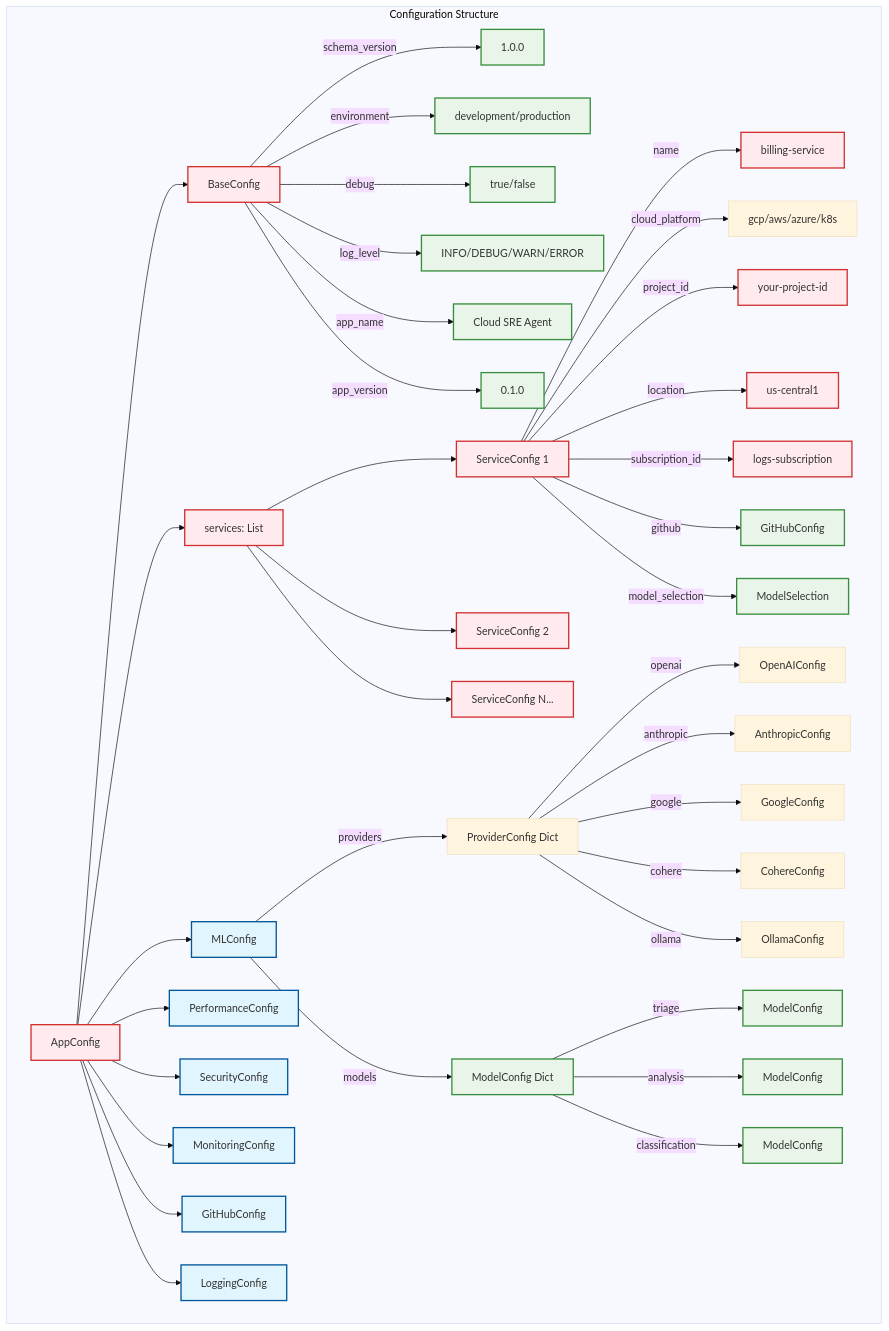
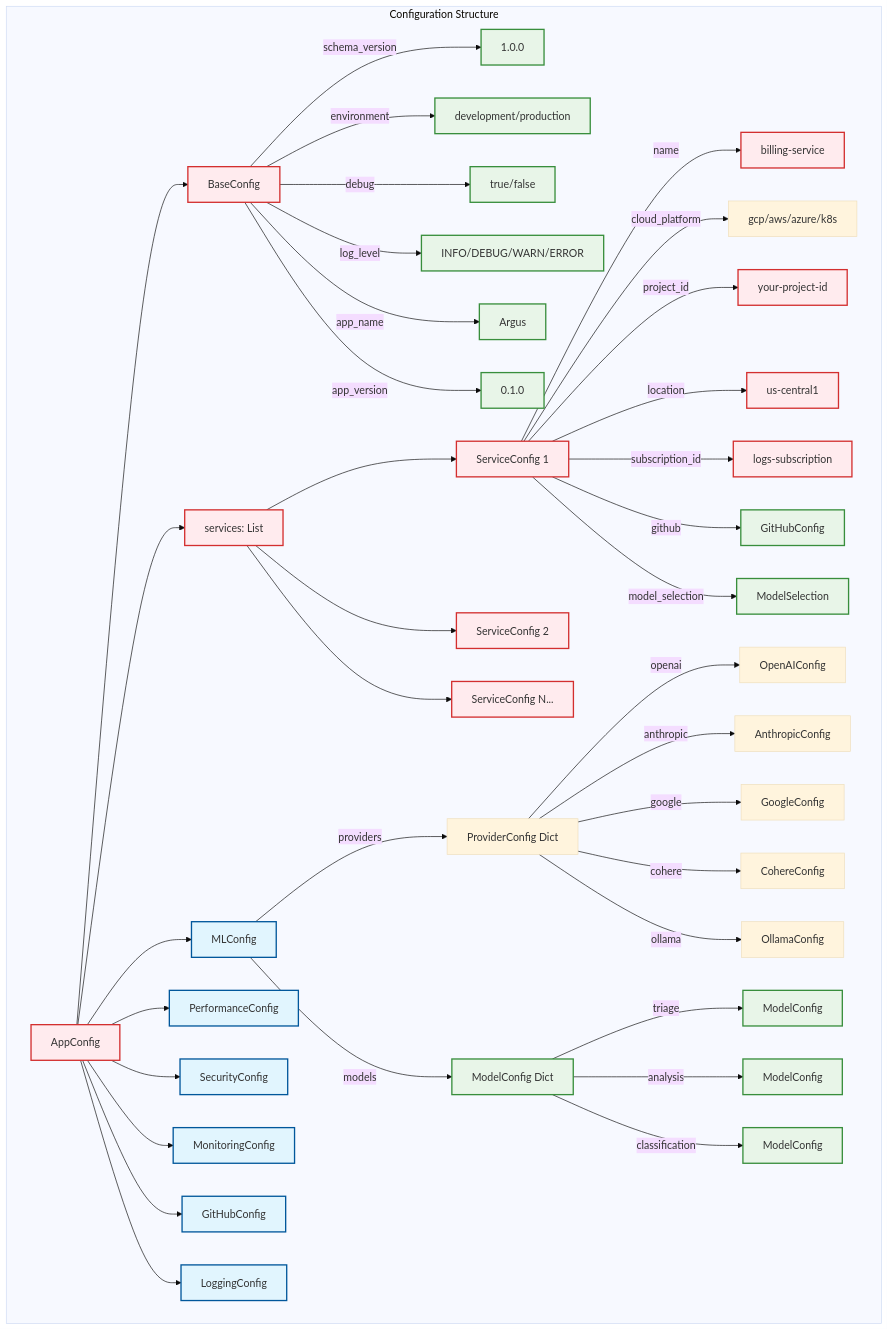
Before and after one commit to DsThakurRawat/Argus: the diagram in docs/CONFIGURATION.md, drawn with Mermaid (base theme). The commit also changed other lines of this file and 45 other files, not shown here.

````diff
--- a/docs/CONFIGURATION.md
+++ b/docs/CONFIGURATION.md
@@ -20,53 +20,53 @@
 ```mermaid
 graph TD
     subgraph "Configuration Structure"
         ROOT[AppConfig]
 
         ROOT --> BASE[BaseConfig]
         BASE --> |schema_version| SV[1.0.0]
         BASE --> |environment| ENV[development/production]
         BASE --> |debug| DEBUG[true/false]
         BASE --> |log_level| LL[INFO/DEBUG/WARN/ERROR]
-        BASE --> |app_name| AN[Cloud SRE Agent]
+        BASE --> |app_name| AN[Argus]
         BASE --> |app_version| AV[0.1.0]
 
         ROOT --> SERVICES[services: List]
         SERVICES --> S1[ServiceConfig 1]
         SERVICES --> S2[ServiceConfig 2]
         SERVICES --> S3[ServiceConfig N...]
 
         S1 --> |name| SN1[billing-service]
         S1 --> |cloud_platform| CP1[gcp/aws/azure/k8s]
         S1 --> |project_id| PI1[your-project-id]
         S1 --> |location| LOC1[us-central1]
         S1 --> |subscription_id| SUB1[logs-subscription]
         S1 --> |github| GH1[GitHubConfig]
         S1 --> |model_selection| MS1[ModelSelection]
 
         ROOT --> ML[MLConfig]
         ML --> |providers| PROVIDERS[ProviderConfig Dict]
         PROVIDERS --> |openai| OPENAI[OpenAIConfig]
         PROVIDERS --> |anthropic| ANTHROPIC[AnthropicConfig]
         PROVIDERS --> |google| GOOGLE[GoogleConfig]
         PROVIDERS --> |cohere| COHERE[CohereConfig]
         PROVIDERS --> |ollama| OLLAMA[OllamaConfig]
         ML --> |models| MODELS[ModelConfig Dict]
         MODELS --> |triage| TRIAGE[ModelConfig]
         MODELS --> |analysis| ANALYSIS[ModelConfig]
         MODELS --> |classification| CLASS[ModelConfig]
 
         ROOT --> PERF[PerformanceConfig]
         ROOT --> SEC[SecurityConfig]
         ROOT --> MON[MonitoringConfig]
         ROOT --> GITHUB[GitHubConfig]
         ROOT --> LOG[LoggingConfig]
     end
 
     classDef required fill:#ffebee,stroke:#d32f2f,stroke-width:2px
     classDef optional fill:#e8f5e8,stroke:#388e3c,stroke-width:2px
     classDef config fill:#e1f5fe,stroke:#01579b,stroke-width:2px
 
     class ROOT,BASE,SERVICES,S1,S2,S3,SN1,PI1,LOC1,SUB1 required
     class ML,PERF,SEC,MON,GITHUB,LOG config
     class SV,ENV,DEBUG,LL,AN,AV,GH1,MS1,MODELS,TRIAGE,ANALYSIS,CLASS optional
 ```
````
